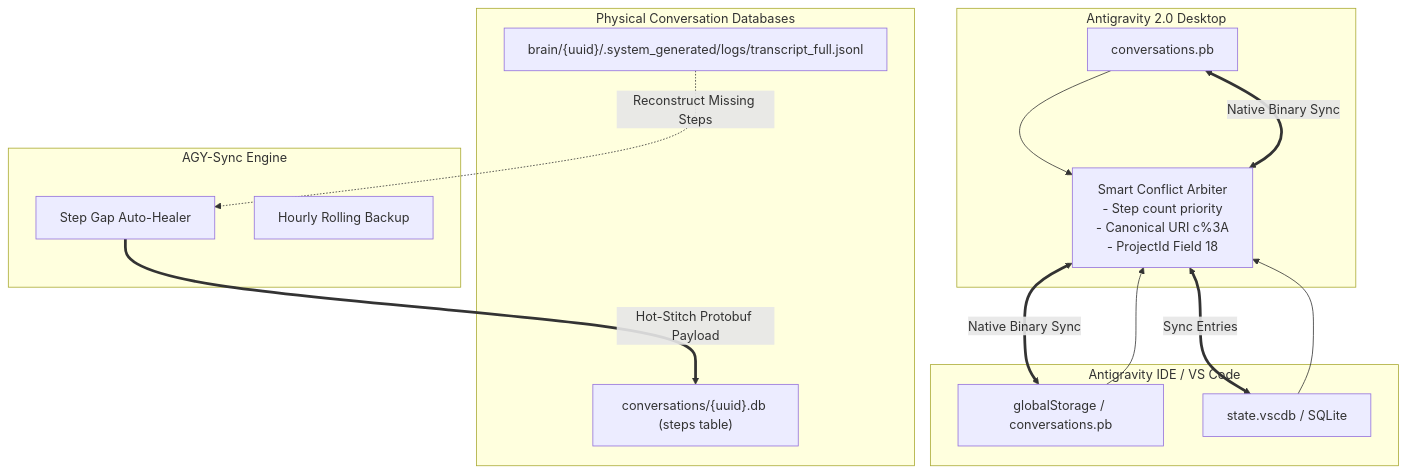
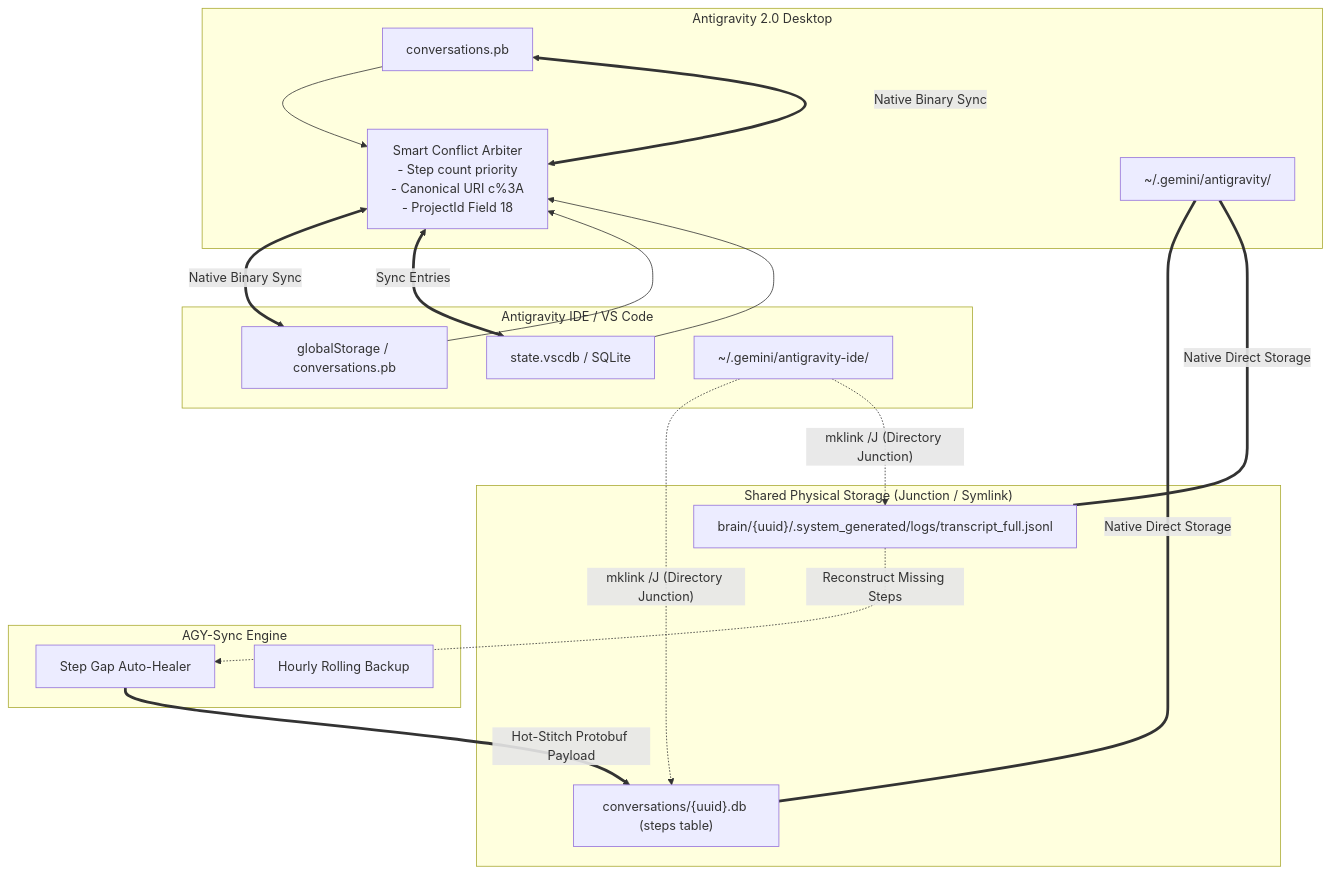
Before and after one commit to nyacyan/antigravity-sync: the diagram in README.md, drawn with Mermaid. The commit also changed other lines of this file and 2 other files, not shown here.

Commit message:
feat: add --link command and documentation for directory junctions sharing storage layer

````diff
--- a/README.md
+++ b/README.md
@@ -30,28 +31,35 @@
 ```mermaid
 flowchart TD
     subgraph "Antigravity 2.0 Desktop"
         A1["conversations.pb"] --> Arbiter
+        A2["~/.gemini/antigravity/"]
     end
 
     subgraph "Antigravity IDE / VS Code"
         B1["globalStorage / conversations.pb"] --> Arbiter
         B2["state.vscdb / SQLite"] --> Arbiter
+        B3["~/.gemini/antigravity-ide/"]
     end
 
-    subgraph "Physical Conversation Databases"
+    subgraph "Shared Physical Storage (Junction / Symlink)"
         C1["conversations/{uuid}.db (steps table)"]
         C2["brain/{uuid}/.system_generated/logs/transcript_full.jsonl"]
     end
+
+    A2 ===|"Native Direct Storage"| C1
+    A2 ===|"Native Direct Storage"| C2
+    B3 -.->|"mklink /J (Directory Junction)"| C1
+    B3 -.->|"mklink /J (Directory Junction)"| C2
 
     subgraph "AGY-Sync Engine"
         Arbiter["Smart Conflict Arbiter<br/>- Step count priority<br/>- Canonical URI c%3A<br/>- ProjectId Field 18"]
         Healer["Step Gap Auto-Healer"]
         Backup["Hourly Rolling Backup"]
     end
 
     C2 -.->|Reconstruct Missing Steps| Healer
     Healer ==>|Hot-Stitch Protobuf Payload| C1
     Arbiter <==>|Native Binary Sync| A1
     Arbiter <==>|Native Binary Sync| B1
     Arbiter <==>|Sync Entries| B2
 ```
````
